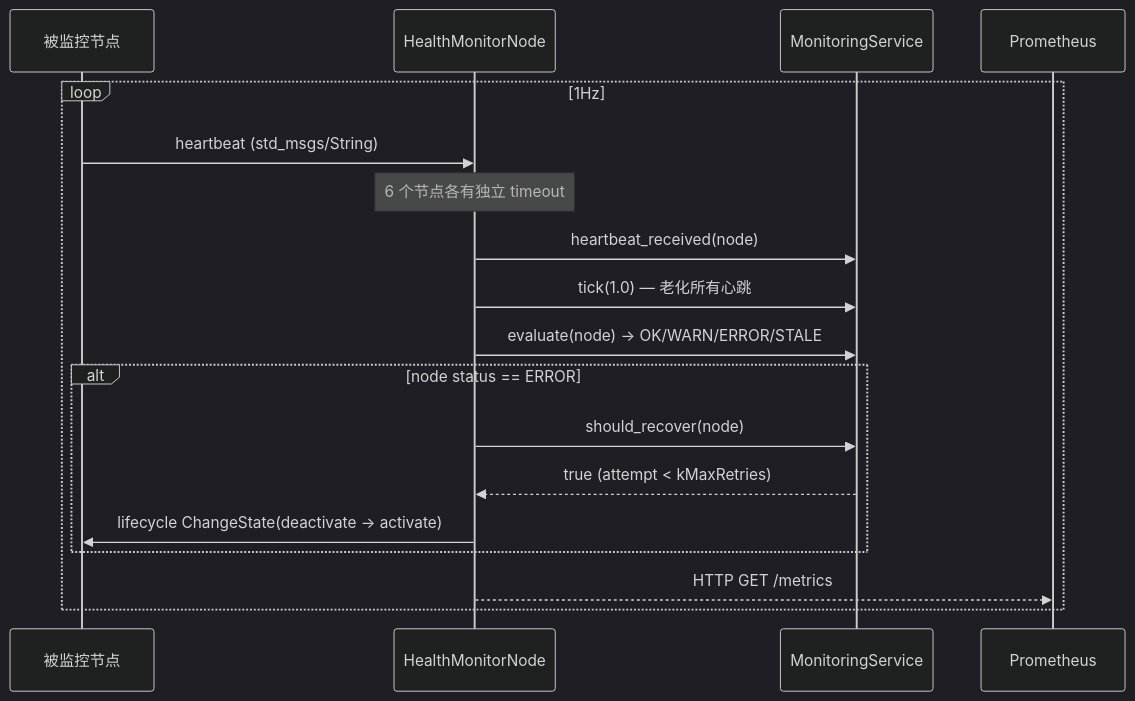
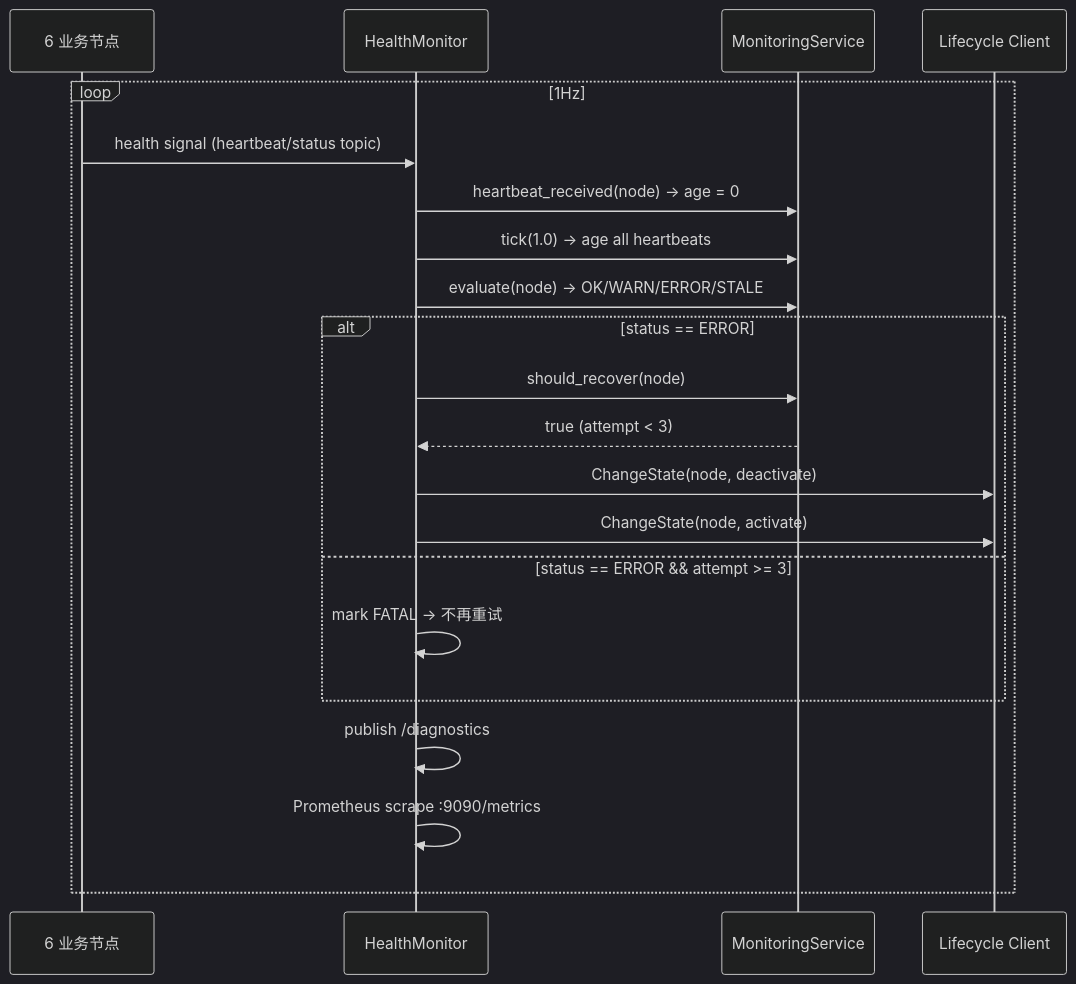
Before and after one commit to guang-lee-cn/ros2_robot_middleware: the third of 3 diagrams in doc/subsystems/health-monitor.md, drawn with Mermaid (dark theme). The commit also changed other lines of this file and 7 other files, not shown here.

````diff
--- a/doc/subsystems/health-monitor.md
+++ b/doc/subsystems/health-monitor.md
@@ -18,24 +56,26 @@
 ```mermaid
 sequenceDiagram
-    participant NODES as 被监控节点
-    participant HM as HealthMonitorNode
+    participant NODES as 6 业务节点
+    participant HM as HealthMonitor
     participant MS as MonitoringService
-    participant PROM as Prometheus
+    participant LC as Lifecycle Client
 
     loop 1Hz
-        NODES->>HM: heartbeat (std_msgs/String)
-        Note over HM: 6 个节点各有独立 timeout
-
-        HM->>MS: heartbeat_received(node)
-        HM->>MS: tick(1.0) — 老化所有心跳
+        NODES->>HM: health signal (heartbeat/status topic)
+        HM->>MS: heartbeat_received(node) → age = 0
+        HM->>MS: tick(1.0) → age all heartbeats
         HM->>MS: evaluate(node) → OK/WARN/ERROR/STALE
 
-        alt node status == ERROR
+        alt status == ERROR
             HM->>MS: should_recover(node)
-            MS-->>HM: true (attempt < kMaxRetries)
-            HM->>NODES: lifecycle ChangeState(deactivate → activate)
+            MS-->>HM: true (attempt < 3)
+            HM->>LC: ChangeState(node, deactivate)
+            HM->>LC: ChangeState(node, activate)
+        else status == ERROR && attempt >= 3
+            HM->>HM: mark FATAL → 不再重试
         end
 
-        HM-->>PROM: HTTP GET /metrics
+        HM->>HM: publish /diagnostics
+        HM->>HM: Prometheus scrape :9090/metrics
     end
 ```
````
